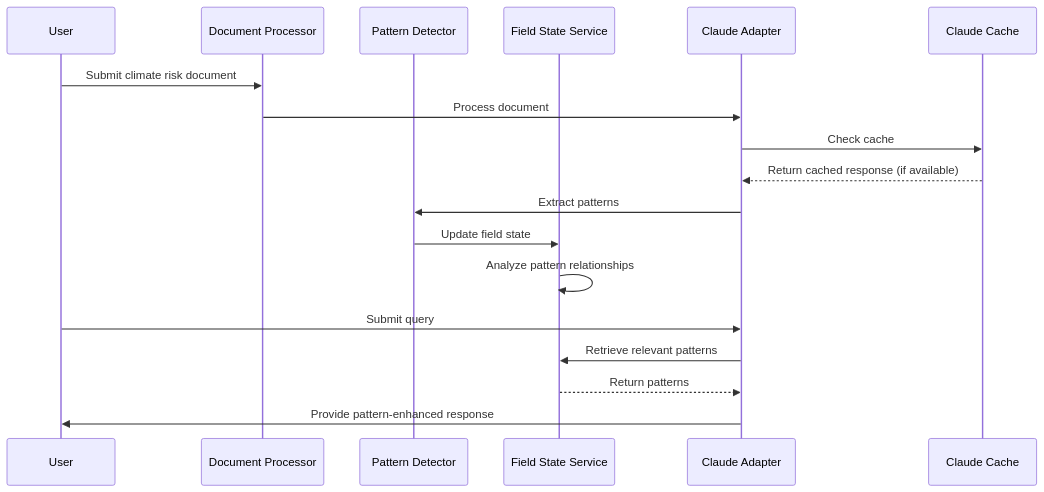
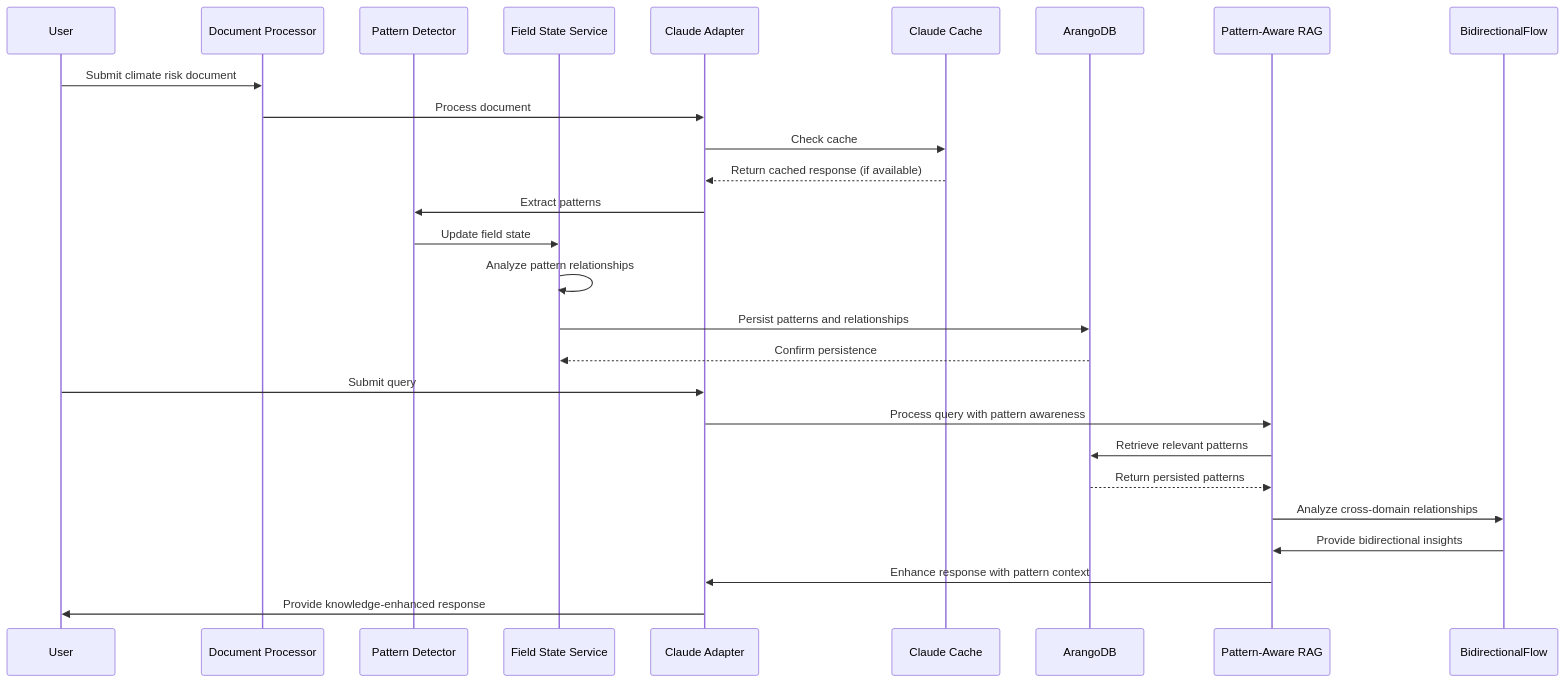
The second of 4 diagrams in docs/green_papers/habitat_evolution_green_paper.md (kokomos-owl/habitat-windsurf), drawn with Mermaid before and after one commit. The commit also changed other lines of this file, not shown here.

````diff
--- a/docs/green_papers/habitat_evolution_green_paper.md
+++ b/docs/green_papers/habitat_evolution_green_paper.md
@@ -99,21 +151,30 @@
 ```mermaid
 sequenceDiagram
     participant User
     participant Document as Document Processor
     participant Pattern as Pattern Detector
     participant Field as Field State Service
     participant Claude as Claude Adapter
     participant Cache as Claude Cache
+    participant DB as ArangoDB
+    participant RAG as Pattern-Aware RAG
+    participant Flow as BidirectionalFlow
     
     User->>Document: Submit climate risk document
     Document->>Claude: Process document
     Claude->>Cache: Check cache
     Cache-->>Claude: Return cached response (if available)
     Claude->>Pattern: Extract patterns
     Pattern->>Field: Update field state
     Field->>Field: Analyze pattern relationships
+    Field->>DB: Persist patterns and relationships
+    DB-->>Field: Confirm persistence
     User->>Claude: Submit query
-    Claude->>Field: Retrieve relevant patterns
-    Field-->>Claude: Return patterns
-    Claude->>User: Provide pattern-enhanced response
+    Claude->>RAG: Process query with pattern awareness
+    RAG->>DB: Retrieve relevant patterns
+    DB-->>RAG: Return persisted patterns
+    RAG->>Flow: Analyze cross-domain relationships
+    Flow->>RAG: Provide bidirectional insights
+    RAG->>Claude: Enhance response with pattern context
+    Claude->>User: Provide knowledge-enhanced response
 ```
````
